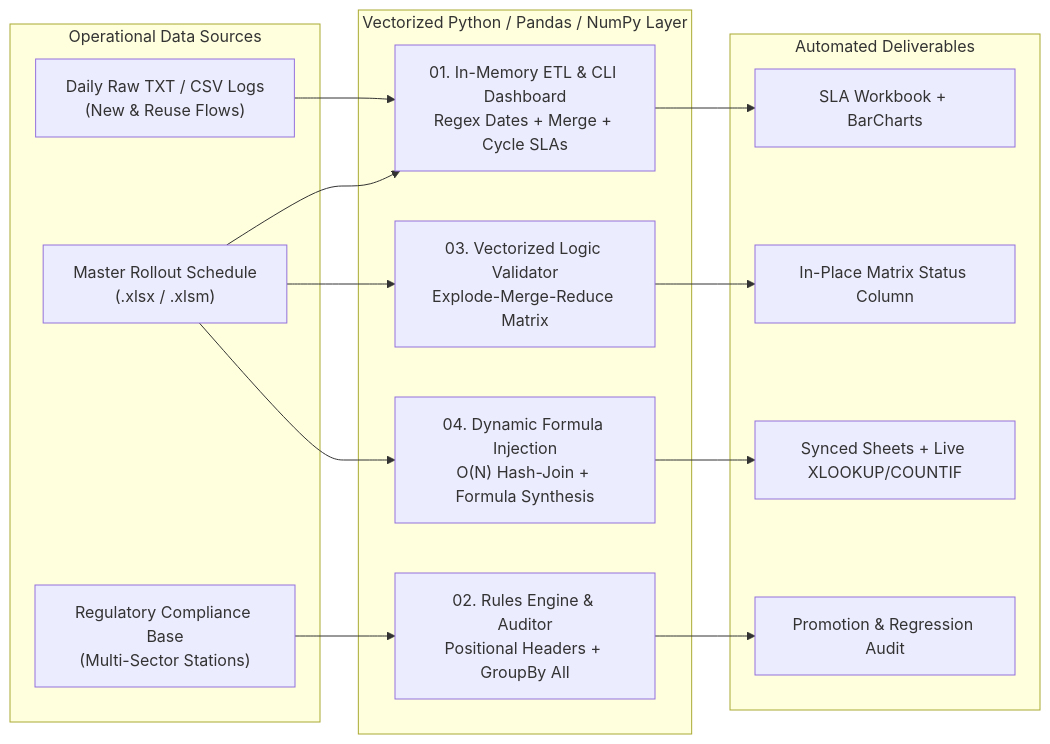
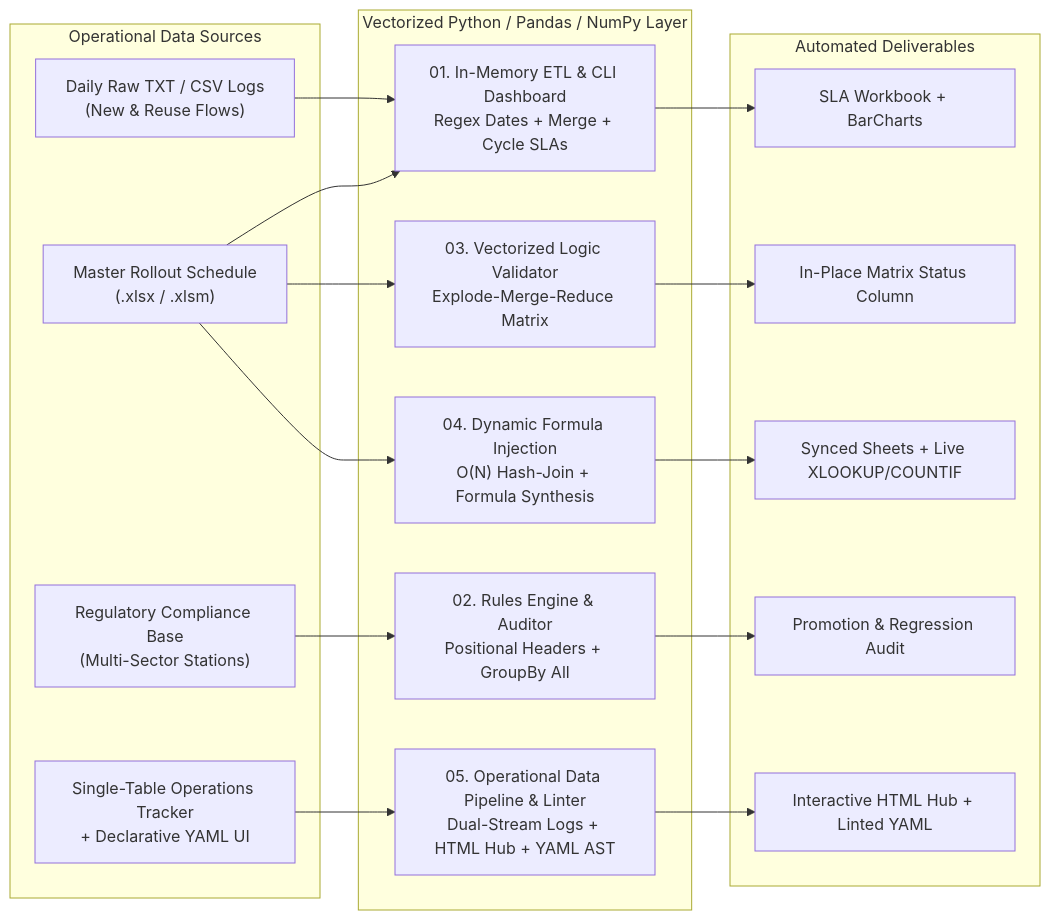
Before and after one commit to kakaroto59/enterprise-dataops-automation-suite: the diagram in README.md, drawn with Mermaid. The commit also changed other lines of this file and 15 other files, not shown here.

Commit message:
feat: add module 05 single-table operational data pipeline, dual-stream log parser & yaml linter

````diff
--- a/README.md
+++ b/README.md
@@ -26,33 +26,38 @@
 ```mermaid
 flowchart LR
     subgraph Inputs["Operational Data Sources"]
         RAW["Daily Raw TXT / CSV Logs<br/>(New & Reuse Flows)"]
         MASTER["Master Rollout Schedule<br/>(.xlsx / .xlsm)"]
         AUDIT["Regulatory Compliance Base<br/>(Multi-Sector Stations)"]
+        OPS["Single-Table Operations Tracker<br/>+ Declarative YAML UI"]
     end
 
     subgraph Engines["Vectorized Python / Pandas / NumPy Layer"]
         P1["01. In-Memory ETL & CLI Dashboard<br/>Regex Dates + Merge + Cycle SLAs"]
         P2["02. Rules Engine & Auditor<br/>Positional Headers + GroupBy All"]
         P3["03. Vectorized Logic Validator<br/>Explode-Merge-Reduce Matrix"]
         P4["04. Dynamic Formula Injection<br/>O(N) Hash-Join + Formula Synthesis"]
+        P5["05. Operational Data Pipeline & Linter<br/>Dual-Stream Logs + HTML Hub + YAML AST"]
     end
 
     subgraph Outputs["Automated Deliverables"]
         O1["SLA Workbook + BarCharts"]
         O2["Promotion & Regression Audit"]
         O3["In-Place Matrix Status Column"]
         O4["Synced Sheets + Live XLOOKUP/COUNTIF"]
+        O5["Interactive HTML Hub + Linted YAML"]
     end
 
     RAW --> P1
     MASTER --> P1
     AUDIT --> P2
     MASTER --> P3
     MASTER --> P4
+    OPS --> P5
 
     P1 --> O1
     P2 --> O2
     P3 --> O3
     P4 --> O4
+    P5 --> O5
 ```
````
